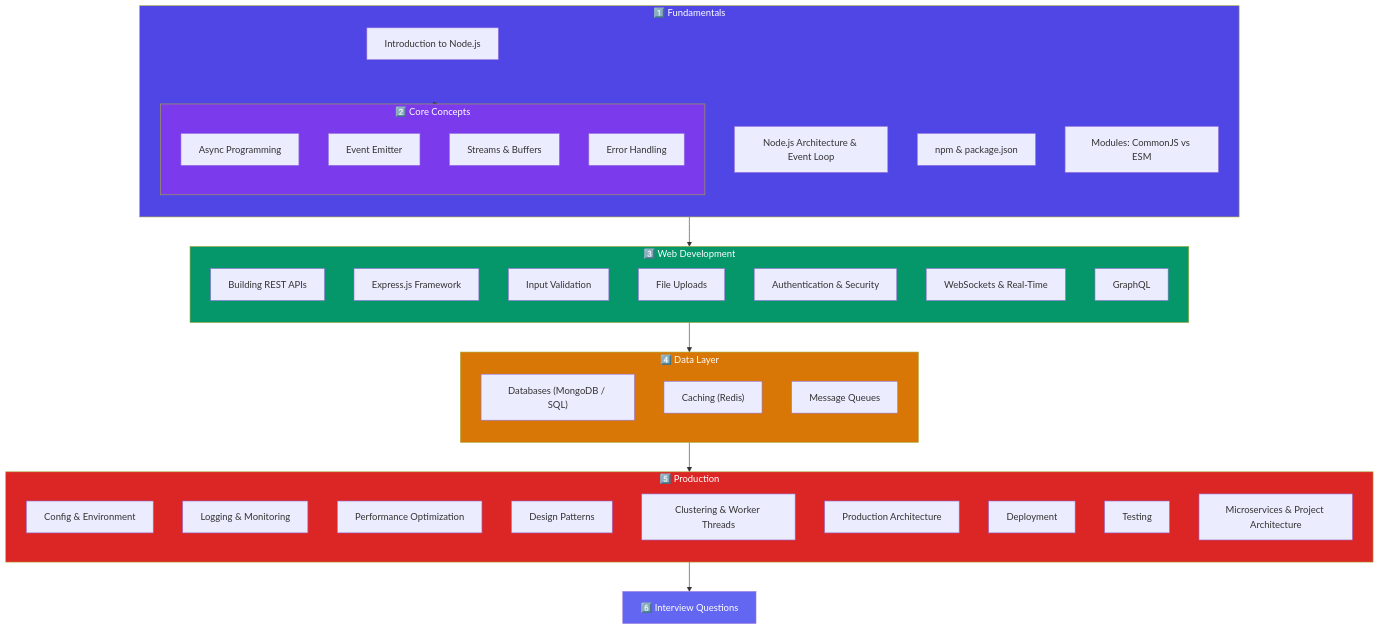
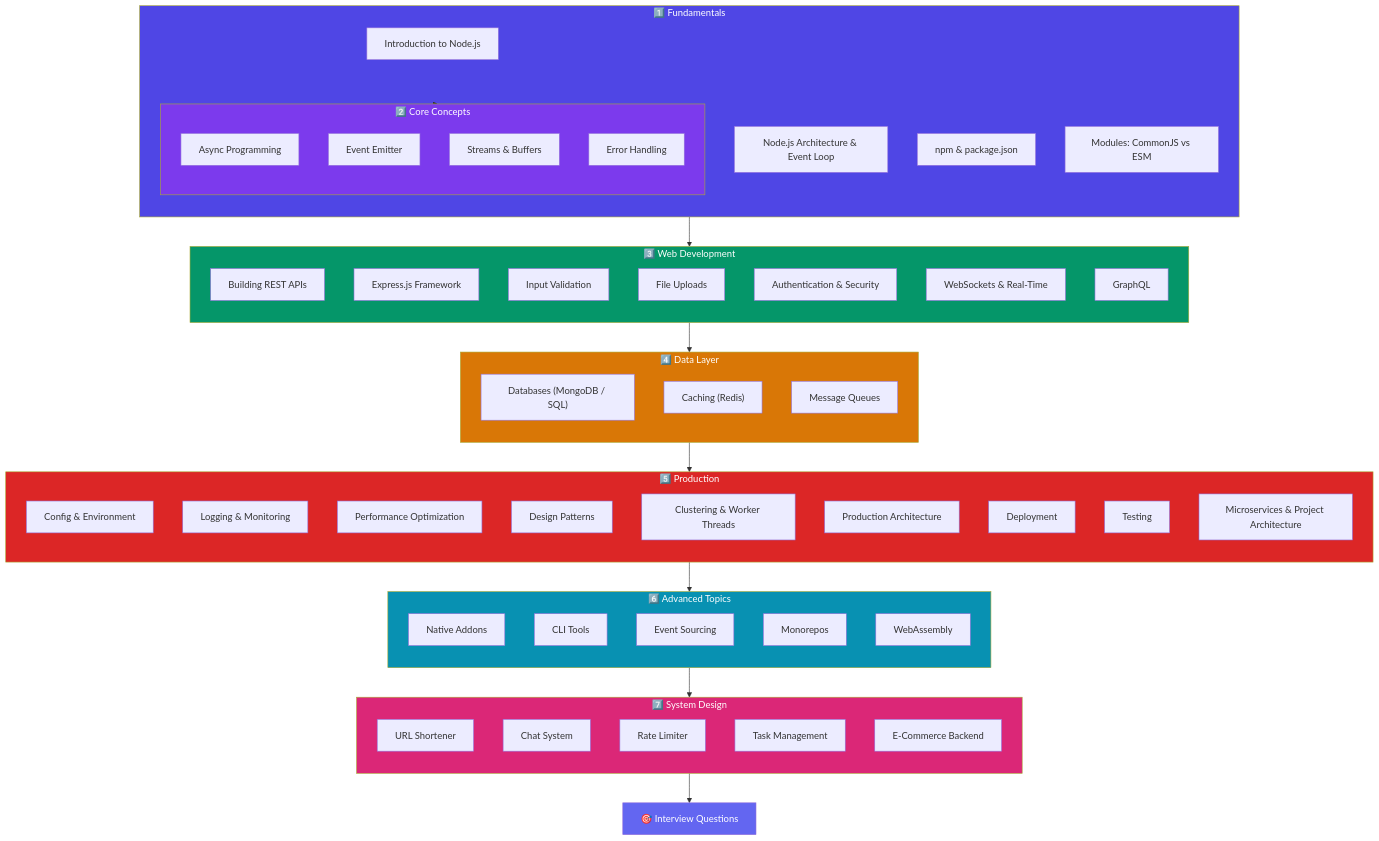
One commit to prathameshp107/Astro-Docs-Sitre changed the diagram in dsa-docs/src/content/docs/nodejs/index.md. Above: the diagram before and after it, drawn with Mermaid. The commit also changed other lines of this file and 50 other files, not shown here.

````diff
--- a/dsa-docs/src/content/docs/nodejs/index.md
+++ b/dsa-docs/src/content/docs/nodejs/index.md
@@ -12,61 +12,81 @@
 ```mermaid
 flowchart TB
     subgraph Fundamentals["1️⃣ Fundamentals"]
         direction TB
         Intro["Introduction to Node.js"]
         Arch["Node.js Architecture & Event Loop"]
         NPM["npm & package.json"]
         Modules["Modules: CommonJS vs ESM"]
         Core["Core Built-in Modules"]
     end
 
     subgraph Core["2️⃣ Core Concepts"]
         direction TB
         Async["Async Programming"]
         Events["Event Emitter"]
         Streams["Streams & Buffers"]
         Errors["Error Handling"]
     end
 
     subgraph Web["3️⃣ Web Development"]
         direction TB
         API["Building REST APIs"]
         Express["Express.js Framework"]
         Validation["Input Validation"]
         Uploads["File Uploads"]
         Auth["Authentication & Security"]
         WS["WebSockets & Real-Time"]
         GraphQL["GraphQL"]
     end
 
     subgraph Data["4️⃣ Data Layer"]
         direction TB
         DB["Databases (MongoDB / SQL)"]
         Cache["Caching (Redis)"]
         Queues["Message Queues"]
     end
 
     subgraph Production["5️⃣ Production"]
         direction TB
         Config["Config & Environment"]
         Logging["Logging & Monitoring"]
         Perf["Performance Optimization"]
         Patterns["Design Patterns"]
         Clustering["Clustering & Worker Threads"]
         ProdArch["Production Architecture"]
         Deploy["Deployment"]
         Testing["Testing"]
         Micro["Microservices & Project Architecture"]
     end
 
-    Interview["6️⃣ Interview Questions"]
+    subgraph Advanced["6️⃣ Advanced Topics"]
+        direction TB
+        Addons["Native Addons"]
+        CLI["CLI Tools"]
+        ES["Event Sourcing"]
+        Mono["Monorepos"]
+        Wasm["WebAssembly"]
+    end
 
-    Fundamentals --> Core --> Web --> Data --> Production --> Interview
+    subgraph SysDesign["7️⃣ System Design"]
+        direction TB
+        URL["URL Shortener"]
+        Chat["Chat System"]
+        Rate["Rate Limiter"]
+        Task["Task Management"]
+        Ecom["E-Commerce Backend"]
+    end
+
+    Interview["🎯 Interview Questions"]
+
+    Fundamentals --> Core --> Web --> Data --> Production --> Advanced --> SysDesign --> Interview
 
     style Fundamentals fill:#4f46e5,color:#fff
     style Core fill:#7c3aed,color:#fff
     style Web fill:#059669,color:#fff
     style Data fill:#d97706,color:#fff
     style Production fill:#dc2626,color:#fff
+    style Advanced fill:#0891b2,color:#fff
+    style SysDesign fill:#db2777,color:#fff
     style Interview fill:#6366f1,color:#fff
 ```
````
